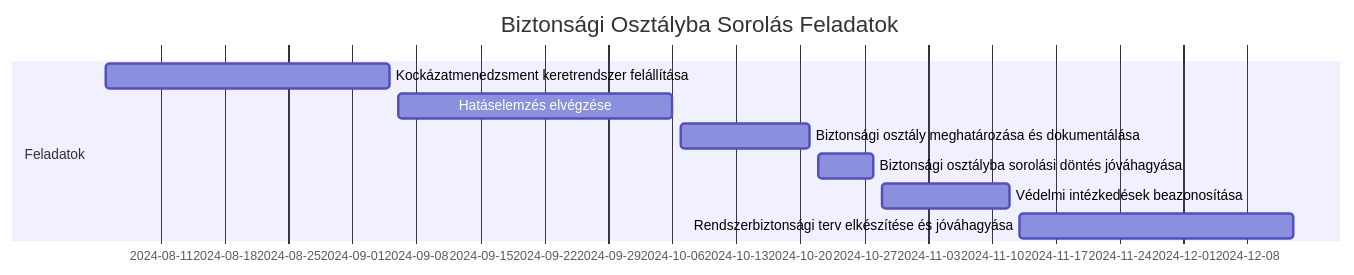
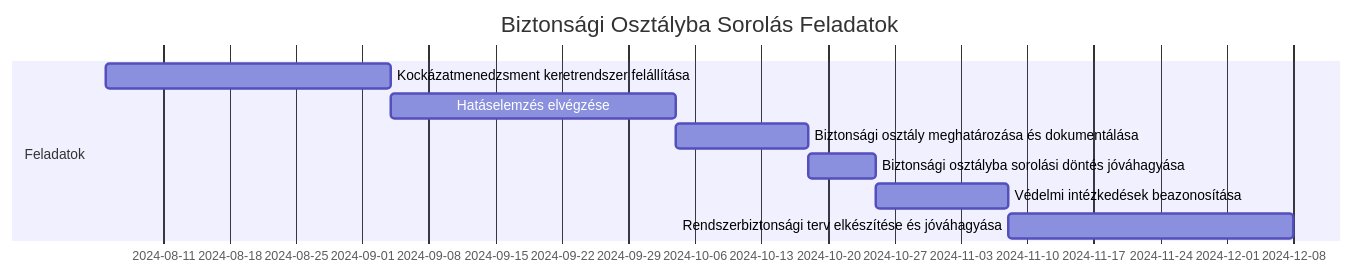
The third of 3 diagrams in NIS2-Mermaid.md (Lensver65/NIS2-keretrendszer), drawn with Mermaid before and after one commit.

````diff
--- a/NIS2-Mermaid.md
+++ b/NIS2-Mermaid.md
@@ -146,12 +146,12 @@
 ```mermaid
 gantt
     title Biztonsági Osztályba Sorolás Feladatok
     dateFormat  YYYY-MM-DD
     section Feladatok
-    Kockázatmenedzsment keretrendszer felállítása :2024-08-05, 2024-09-05
-    Hatáselemzés elvégzése :2024-09-06, 2024-10-06
-    Biztonsági osztály meghatározása és dokumentálása :2024-10-07, 2024-10-21
-    Biztonsági osztályba sorolási döntés jóváhagyása :2024-10-22, 2024-10-28
-    Védelmi intézkedések beazonosítása :2024-10-29, 2024-11-12
-    Rendszerbiztonsági terv elkészítése és jóváhagyása :2024-11-13, 2024-12-13
+    Kockázatmenedzsment keretrendszer felállítása :BO1, 2024-08-05, 30d
+    Hatáselemzés elvégzése :BO2, after BO1, 30d
+    Biztonsági osztály meghatározása és dokumentálása :BO3, after BO2, 14d
+    Biztonsági osztályba sorolási döntés jóváhagyása :BO4, after BO3, 7d
+    Védelmi intézkedések beazonosítása :BO5, after BO4, 14d
+    Rendszerbiztonsági terv elkészítése és jóváhagyása :BO6, after BO5, 30d
 ```
````
